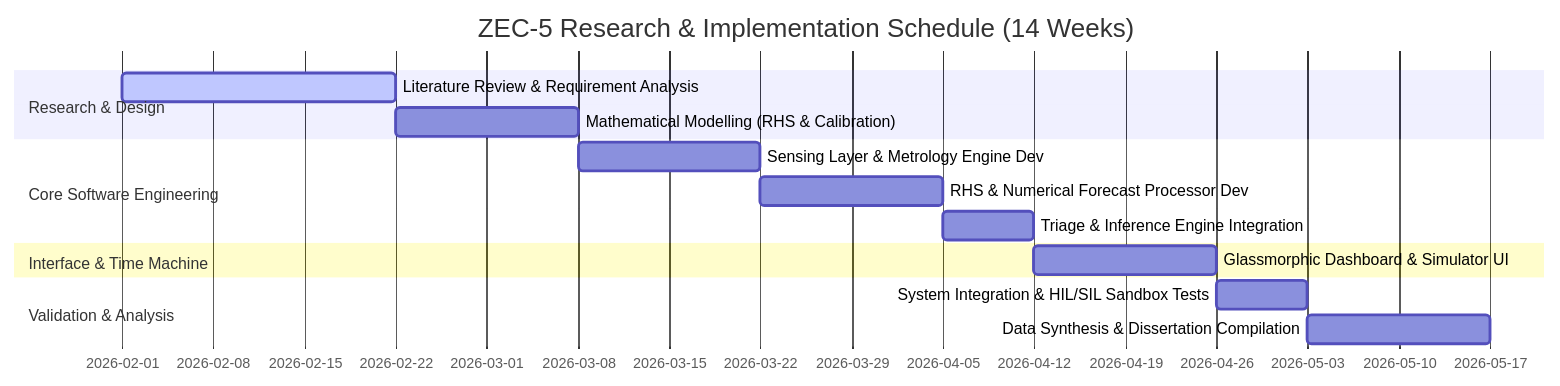
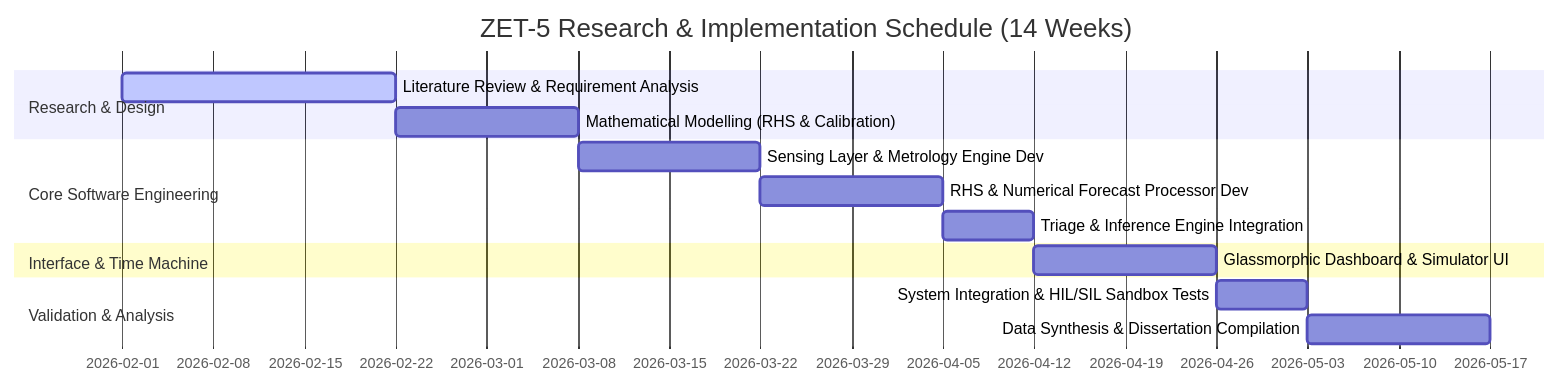
One commit to Mapetere/ZEC-5 changed the diagram in thesis/Chapter_1_Introduction.md. Above: the diagram before and after it, drawn with Mermaid. The commit also changed other lines of this file and 22 other files, not shown here.

````diff
--- a/thesis/Chapter_1_Introduction.md
+++ b/thesis/Chapter_1_Introduction.md
@@ -87,17 +87,17 @@
 ```mermaid
 gantt
-    title ZEC-5 Research & Implementation Schedule (14 Weeks)
+    title ZET-5 Research & Implementation Schedule (14 Weeks)
     dateFormat  YYYY-MM-DD
     section Research & Design
     Literature Review & Requirement Analysis   :active, des1, 2026-02-01, 3w
     Mathematical Modelling (RHS & Calibration)  : des2, after des1, 2w
     section Core Software Engineering
     Sensing Layer & Metrology Engine Dev     :   dev1, after des2, 2w
     RHS & Numerical Forecast Processor Dev    :   dev2, after dev1, 2w
     Triage & Inference Engine Integration     :   dev3, after dev2, 1w
     section Interface & Time Machine
     Glassmorphic Dashboard & Simulator UI      :   ui1, after dev3, 2w
     section Validation & Analysis
     System Integration & HIL/SIL Sandbox Tests :   val1, after ui1, 1w
     Data Synthesis & Dissertation Compilation   :   val2, after val1, 2w
 ```
````
